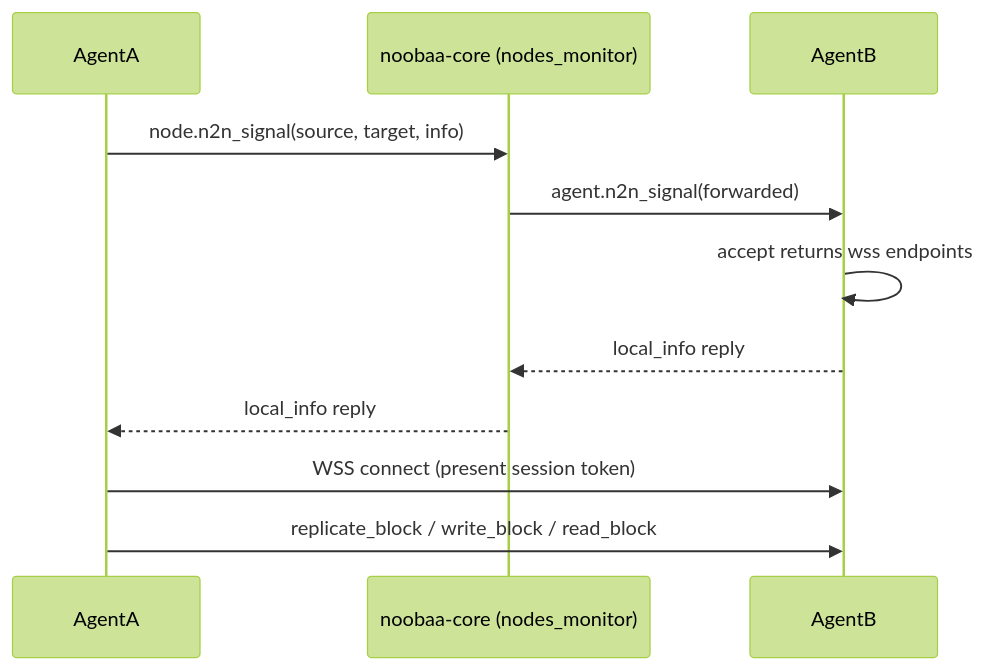
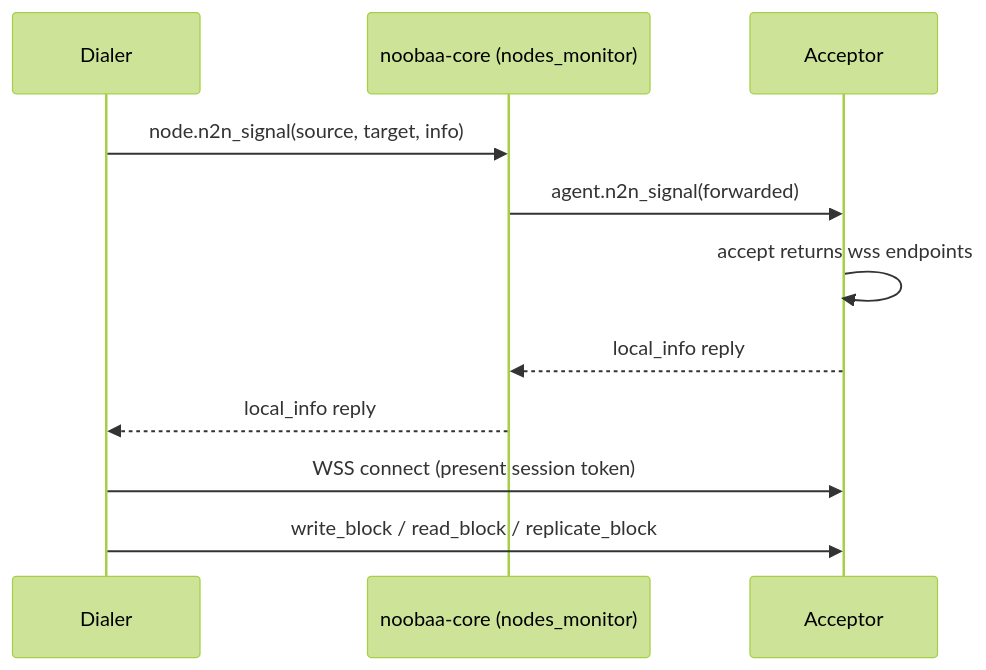
Before and after one commit to noobaa/noobaa-core: the second of 2 diagrams in docs/design/RemoveICE.md, drawn with Mermaid (forest theme). The commit also changed other lines of this file, not shown here.

First line of the commit message:
Change term instead of Agent A and Agent B to Dialer (can be endpoint) and Acceptor (usually agent)

````diff
--- a/docs/design/RemoveICE.md
+++ b/docs/design/RemoveICE.md
@@ -72,13 +75,13 @@
 ```mermaid
 sequenceDiagram
-    participant AgentA
+    participant Dialer
     participant Core as noobaa-core (nodes_monitor)
-    participant AgentB
-    AgentA->>Core: node.n2n_signal(source, target, info)
-    Core->>AgentB: agent.n2n_signal(forwarded)
-    AgentB->>AgentB: accept returns wss endpoints
-    AgentB-->>Core: local_info reply
-    Core-->>AgentA: local_info reply
-    AgentA->>AgentB: WSS connect (present session token)
-    AgentA->>AgentB: replicate_block / write_block / read_block
+    participant Acceptor
+    Dialer->>Core: node.n2n_signal(source, target, info)
+    Core->>Acceptor: agent.n2n_signal(forwarded)
+    Acceptor->>Acceptor: accept returns wss endpoints
+    Acceptor-->>Core: local_info reply
+    Core-->>Dialer: local_info reply
+    Dialer->>Acceptor: WSS connect (present session token)
+    Dialer->>Acceptor: write_block / read_block / replicate_block
 ```
````
